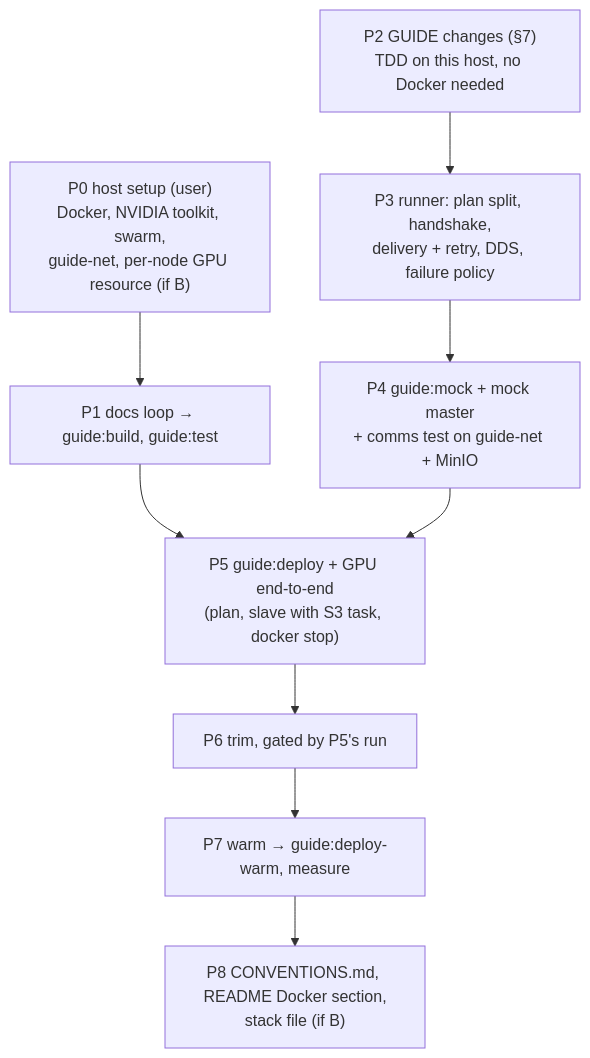
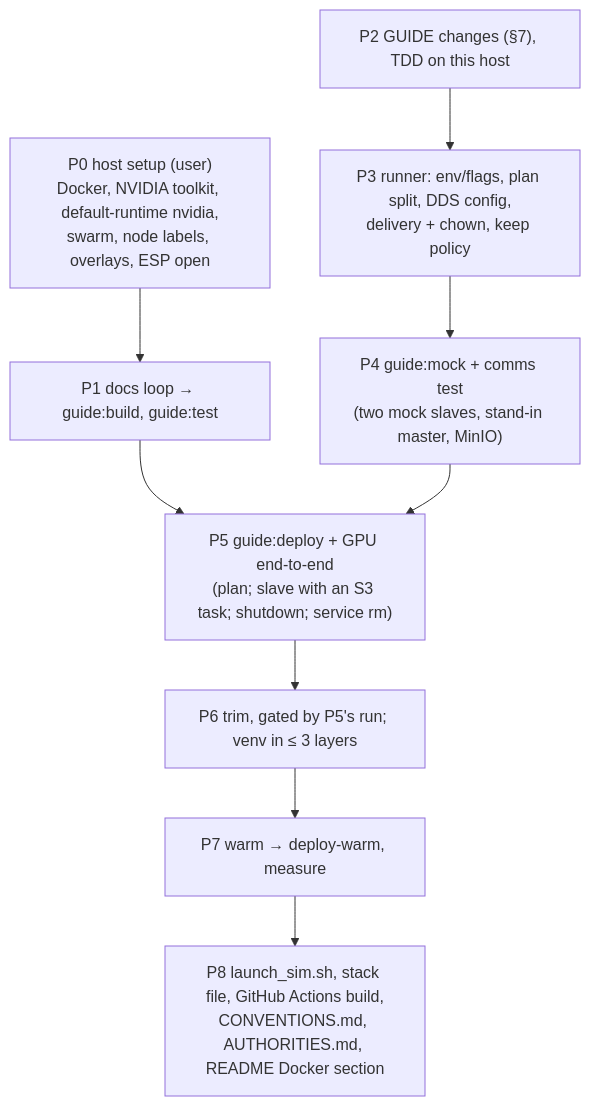
One commit to ABC-iRobotics/guide changed the fourth of 4 diagrams in docs/superpowers/specs/2026-10-09-guide-docker-design.md. Above: the diagram before and after it, drawn with Mermaid. The commit also changed other lines of this file, not shown here.

Commit message:
docs: GUIDE Docker design v3 (master-launched sim services, /Sim_N/shutdown, keep policy, authorities record, GitHub Actions build)

````diff
--- a/docs/superpowers/specs/2026-10-09-guide-docker-design.md
+++ b/docs/superpowers/specs/2026-10-09-guide-docker-design.md
@@ -296,14 +325,14 @@
 ```mermaid
 flowchart TD
-  P0["P0 host setup (user)\nDocker, NVIDIA toolkit, swarm,\nguide-net, per-node GPU resource (if B)"]
+  P0["P0 host setup (user)\nDocker, NVIDIA toolkit, default-runtime nvidia,\nswarm, node labels, overlays, ESP open"]
   P1["P1 docs loop → guide:build, guide:test"]
-  P2["P2 GUIDE changes (§7)\nTDD on this host, no Docker needed"]
-  P3["P3 runner: plan split, handshake,\ndelivery + retry, DDS, failure policy"]
-  P4["P4 guide:mock + mock master\n+ comms test on guide-net + MinIO"]
-  P5["P5 guide:deploy + GPU end-to-end\n(plan, slave with S3 task, docker stop)"]
-  P6["P6 trim, gated by P5's run"]
-  P7["P7 warm → guide:deploy-warm, measure"]
-  P8["P8 CONVENTIONS.md, README Docker section,\nstack file (if B)"]
+  P2["P2 GUIDE changes (§7), TDD on this host"]
+  P3["P3 runner: env/flags, plan split, DDS config,\ndelivery + chown, keep policy"]
+  P4["P4 guide:mock + comms test\n(two mock slaves, stand-in master, MinIO)"]
+  P5["P5 guide:deploy + GPU end-to-end\n(plan; slave with an S3 task; shutdown; service rm)"]
+  P6["P6 trim, gated by P5's run; venv in ≤ 3 layers"]
+  P7["P7 warm → deploy-warm, measure"]
+  P8["P8 launch_sim.sh, stack file, GitHub Actions build,\nCONVENTIONS.md, AUTHORITIES.md, README Docker section"]
   P0 --> P1 --> P5
   P2 --> P3 --> P4 --> P5 --> P6 --> P7 --> P8
 ```
````
